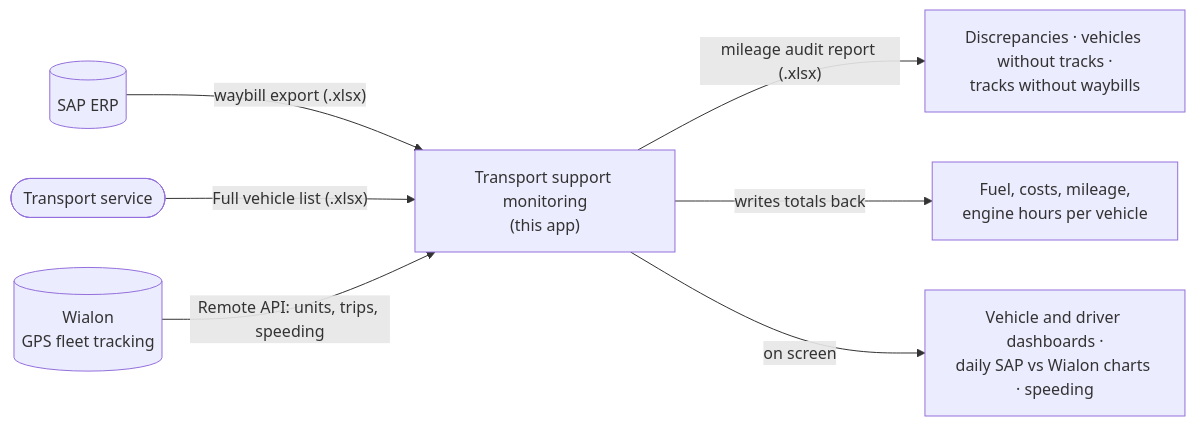
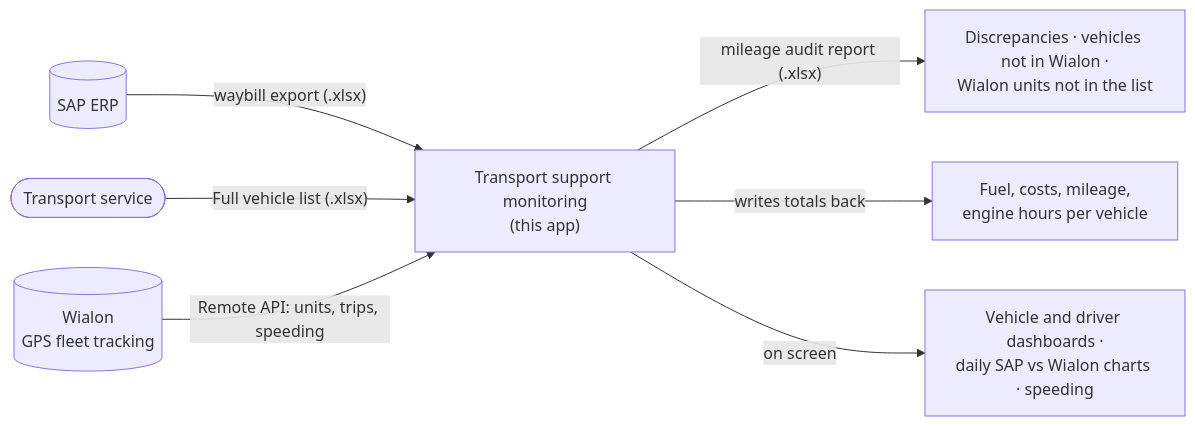
One commit to METACMETAHA/IntegrationSolution changed the diagram in docs/overview.md. Above: the diagram before and after it, drawn with Mermaid. The commit also changed other lines of this file and 4 other files, not shown here.

````diff
--- a/docs/overview.md
+++ b/docs/overview.md
@@ -18,12 +22,12 @@
 ```mermaid
 flowchart LR
     SAP[("SAP ERP")] -- "waybill export (.xlsx)" --> App
     Fleet(["Transport service"]) -- "Full vehicle list (.xlsx)" --> App
     Wialon[("Wialon<br/>GPS fleet tracking")] -- "Remote API: units, trips, speeding" --> App
 
     App["Transport support monitoring<br/>(this app)"]
 
-    App -- "mileage audit report (.xlsx)" --> R1["Discrepancies · vehicles without tracks ·<br/>tracks without waybills"]
+    App -- "mileage audit report (.xlsx)" --> R1["Discrepancies · vehicles not in Wialon ·<br/>Wialon units not in the list"]
     App -- "writes totals back" --> R2["Fuel, costs, mileage,<br/>engine hours per vehicle"]
     App -- "on screen" --> R3["Vehicle and driver dashboards ·<br/>daily SAP vs Wialon charts · speeding"]
 ```
````
